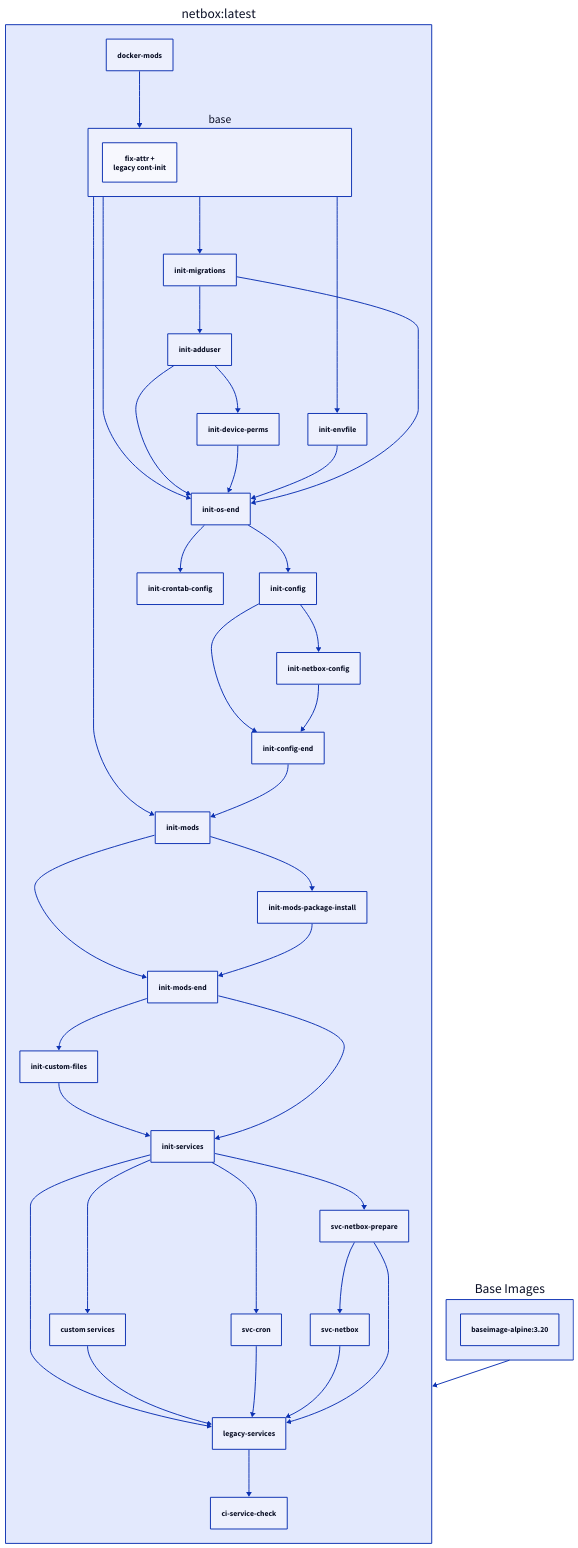
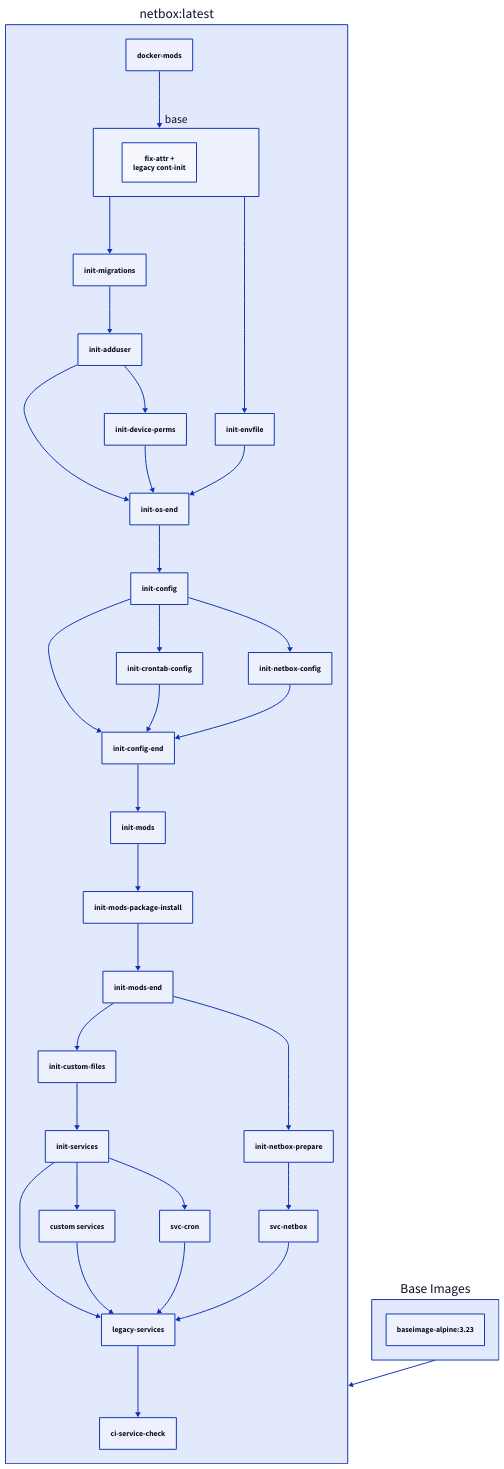
The diagram in docs/images/docker-netbox.md (linuxserver/docker-documentation), drawn with D2 before and after one commit. The commit also changed other lines of this file, not shown here.

````diff
--- a/docs/images/docker-netbox.md
+++ b/docs/images/docker-netbox.md
@@ -341,47 +346,42 @@
     ```d2
     "netbox:latest": {
       docker-mods
       base {
         fix-attr +\nlegacy cont-init
       }
       docker-mods -> base
       legacy-services
       custom services
       init-services -> legacy-services
       init-services -> custom services
       custom services -> legacy-services
       legacy-services -> ci-service-check
       init-migrations -> init-adduser
       init-os-end -> init-config
       init-config -> init-config-end
+      init-crontab-config -> init-config-end
       init-netbox-config -> init-config-end
-      init-os-end -> init-crontab-config
+      init-config -> init-crontab-config
       init-mods-end -> init-custom-files
       init-adduser -> init-device-perms
       base -> init-envfile
       base -> init-migrations
-      base -> init-mods
       init-config-end -> init-mods
-      init-mods -> init-mods-end
       init-mods-package-install -> init-mods-end
       init-mods -> init-mods-package-install
       init-config -> init-netbox-config
-      base -> init-os-end
+      init-mods-end -> init-netbox-prepare
       init-adduser -> init-os-end
       init-device-perms -> init-os-end
       init-envfile -> init-os-end
-      init-migrations -> init-os-end
       init-custom-files -> init-services
-      init-mods-end -> init-services
       init-services -> svc-cron
       svc-cron -> legacy-services
-      svc-netbox-prepare -> svc-netbox
+      init-netbox-prepare -> svc-netbox
       svc-netbox -> legacy-services
-      init-services -> svc-netbox-prepare
-      svc-netbox-prepare -> legacy-services
     }
     Base Images: {
-      "baseimage-alpine:3.20"
+      "baseimage-alpine:3.23"
     }
     "netbox:latest" <- Base Images
     ```
````
